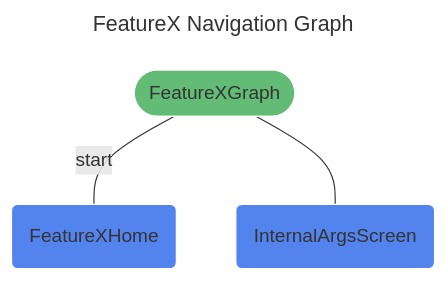
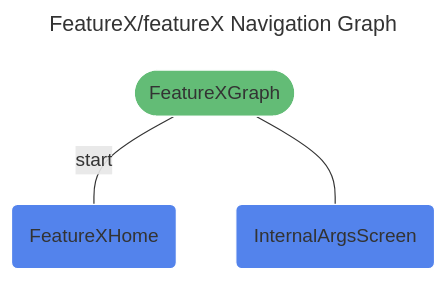
One commit to raamcosta/compose-destinations changed the diagram in playground/docs/FeatureXNavGraph.mmd. Above: the diagram before and after it, drawn with Mermaid. The commit also changed 11 other files, not shown here.

```diff
--- a/playground/docs/FeatureXNavGraph.mmd
+++ b/playground/docs/FeatureXNavGraph.mmd
@@ -1,13 +1,13 @@
 ---
-title: FeatureX Navigation Graph
+title: FeatureX/featureX Navigation Graph
 ---
 %%{init: {'theme':'base', 'themeVariables': { 'primaryTextColor': '#fff' }}%%
 graph TD
-feature_x(["FeatureXGraph"]) -- "start" --- feature_x_home("FeatureXHome")
-feature_x(["FeatureXGraph"]) --- internal_args_screen("InternalArgsScreen")
+feature_x/feature_x(["FeatureXGraph"]) -- "start" --- feature_x/feature_x_home("FeatureXHome")
+feature_x/feature_x(["FeatureXGraph"]) --- feature_x/internal_args_screen("InternalArgsScreen")
 
 
 classDef destination fill:#5383EC,stroke:#ffffff;
-class feature_x_home,internal_args_screen destination;
+class feature_x/feature_x_home,feature_x/internal_args_screen destination;
 classDef navgraph fill:#63BC76,stroke:#ffffff;
-class feature_x navgraph;
+class feature_x/feature_x navgraph;
```
